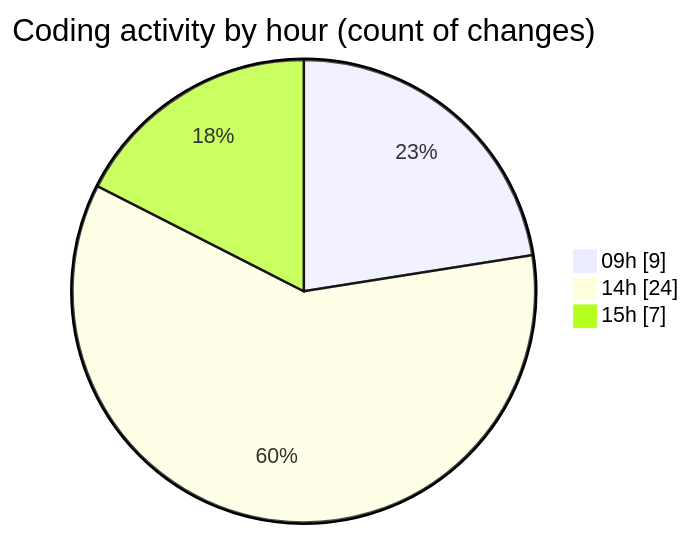
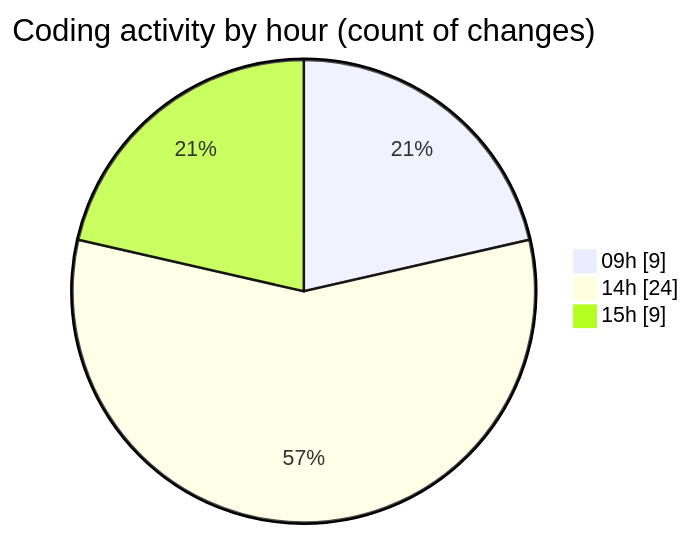
The second of 2 diagrams in 2025-11-25/eventscop-frontend-guide__workspace_/README.md (julien-gomy/code-tracking), drawn with Mermaid before and after one commit. The commit also changed other lines of this file and 1 other file, not shown here.

````diff
--- a/2025-11-25/eventscop-frontend-guide__workspace_/README.md
+++ b/2025-11-25/eventscop-frontend-guide__workspace_/README.md
@@ -43,7 +44,7 @@
 ```mermaid
 pie showData
 title Coding activity by hour (count of changes)
 "09h" : 9
 "14h" : 24
-"15h" : 7
+"15h" : 9
 ```
````
